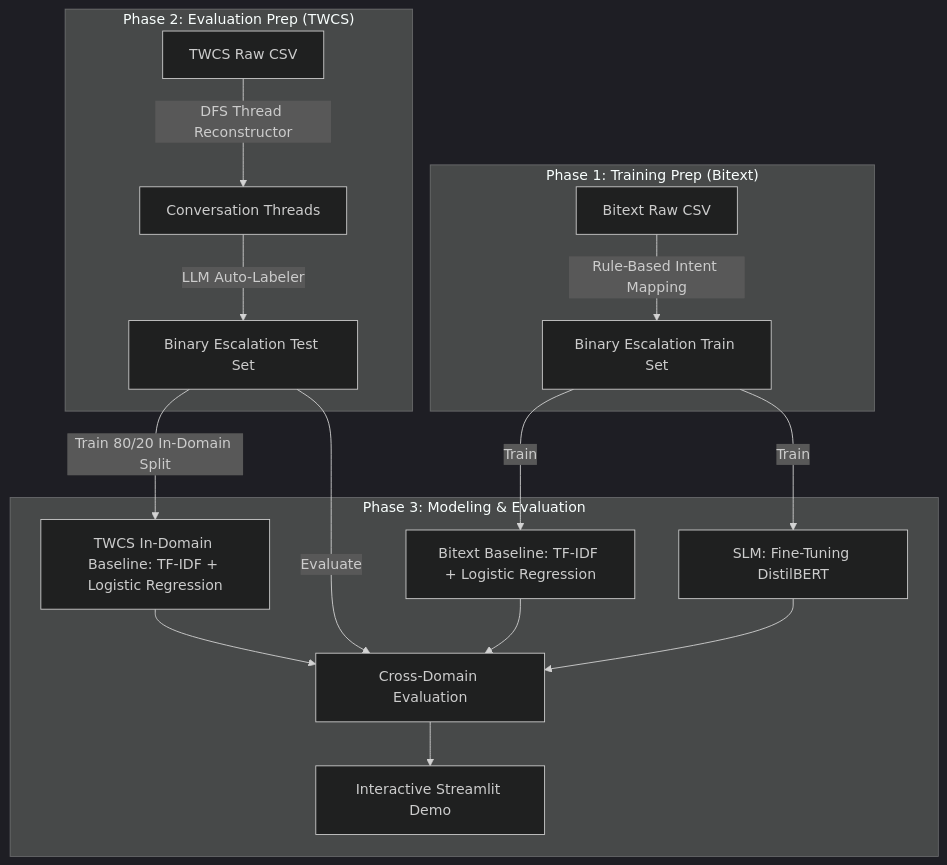
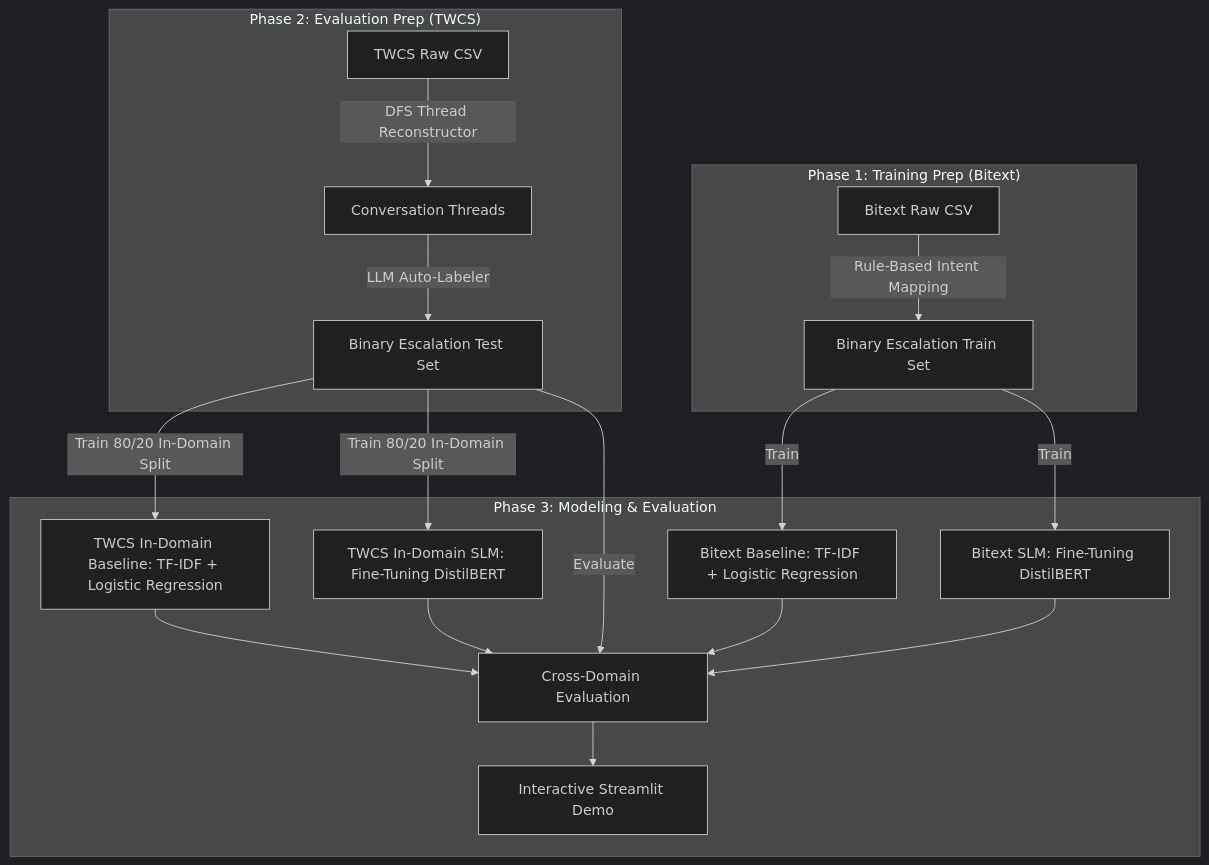
One commit to weirui828/human-loop changed the diagram in README.md. Above: the diagram before and after it, drawn with Mermaid (dark theme). The commit also changed other lines of this file and 2 other files, not shown here.

Commit message:
add TWCS DistilBERT SLM to README diagram

````diff
--- a/README.md
+++ b/README.md
@@ -40,22 +41,24 @@
 ```mermaid
 graph TD
     subgraph P1["Phase 1: Training Prep (Bitext)"]
         A1[Bitext Raw CSV] -->|Rule-Based Intent Mapping| B1[Binary Escalation Train Set]
     end
 
     subgraph P2["Phase 2: Evaluation Prep (TWCS)"]
         A2[TWCS Raw CSV] -->|DFS Thread Reconstructor| B2[Conversation Threads]
         B2 -->|LLM Auto-Labeler| C2[Binary Escalation Test Set]
     end
 
     subgraph P3["Phase 3: Modeling & Evaluation"]
         B1 -->|Train| D[Bitext Baseline: TF-IDF + Logistic Regression]
-        B1 -->|Train| E[SLM: Fine-Tuning DistilBERT]
+        B1 -->|Train| E[Bitext SLM: Fine-Tuning DistilBERT]
         C2 -->|Train 80/20 In-Domain Split| H[TWCS In-Domain Baseline: TF-IDF + Logistic Regression]
+        C2 -->|Train 80/20 In-Domain Split| I[TWCS In-Domain SLM: Fine-Tuning DistilBERT]
         C2 -->|Evaluate| F[Cross-Domain Evaluation]
         D --> F
         E --> F
         H --> F
+        I --> F
         F --> G[Interactive Streamlit Demo]
     end
 ```
````
